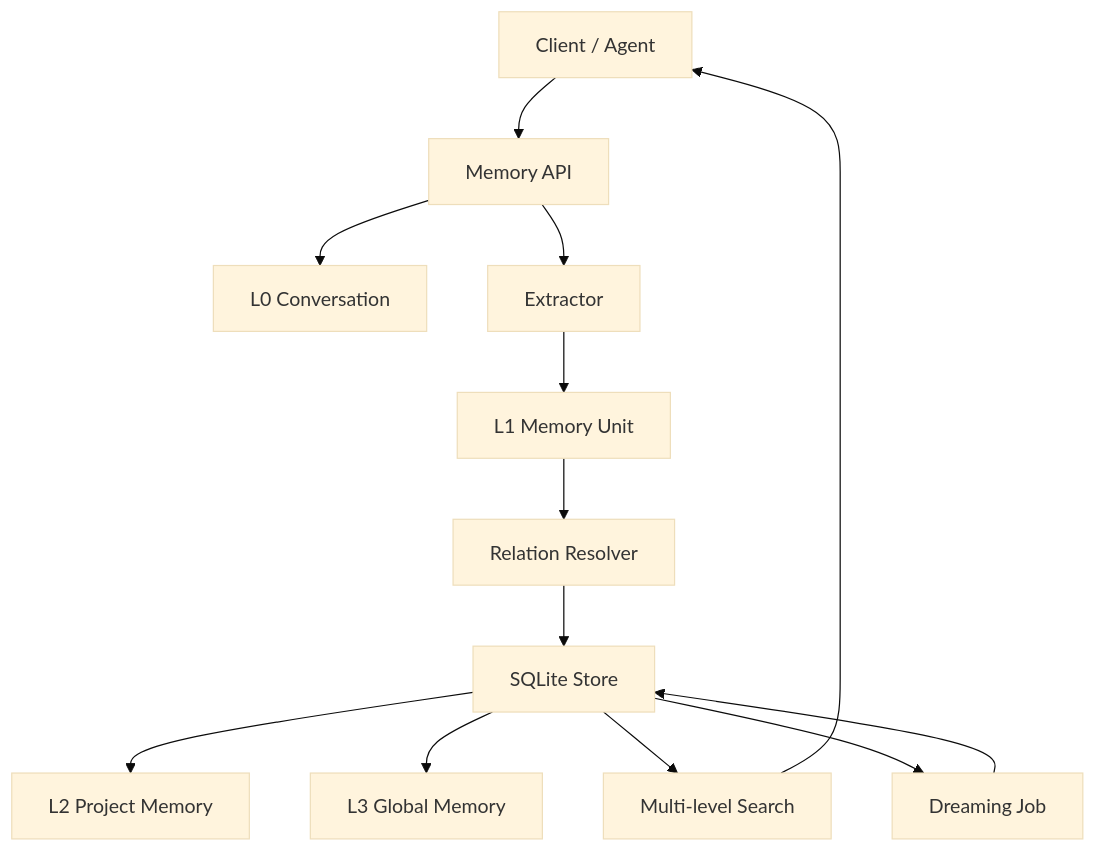
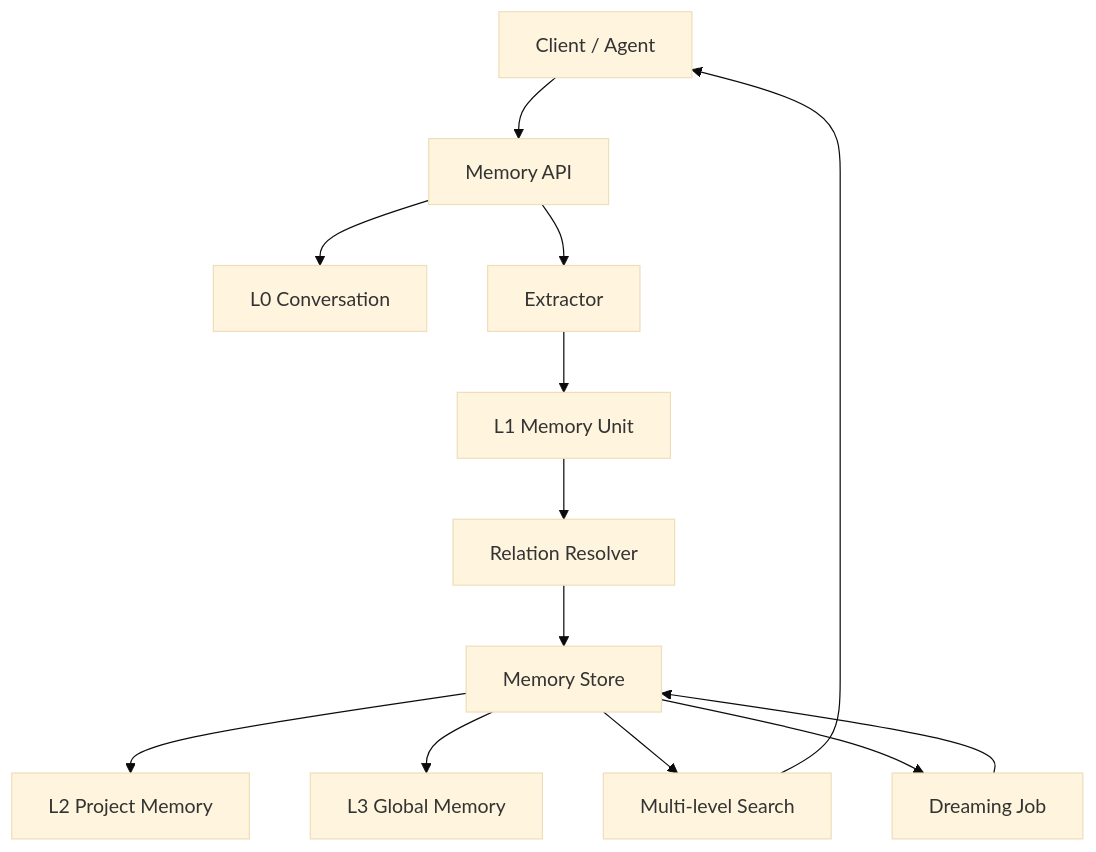
The diagram in README.md (hdonLiu/oh-my-memory), drawn with Mermaid (base theme) before and after one commit. The commit also changed other lines of this file and 10 other files, not shown here.

````diff
--- a/README.md
+++ b/README.md
@@ -21,15 +23,15 @@
 ```mermaid
 flowchart TD
   Client["Client / Agent"] --> API["Memory API"]
   API --> L0["L0 Conversation"]
   API --> Extractor["Extractor"]
   Extractor --> L1["L1 Memory Unit"]
   L1 --> Resolver["Relation Resolver"]
-  Resolver --> Store["SQLite Store"]
+  Resolver --> Store["Memory Store"]
   Store --> L2["L2 Project Memory"]
   Store --> L3["L3 Global Memory"]
   Store --> Search["Multi-level Search"]
   Search --> Client
   Dreaming["Dreaming Job"] --> Store
   Store --> Dreaming
 ```
````
